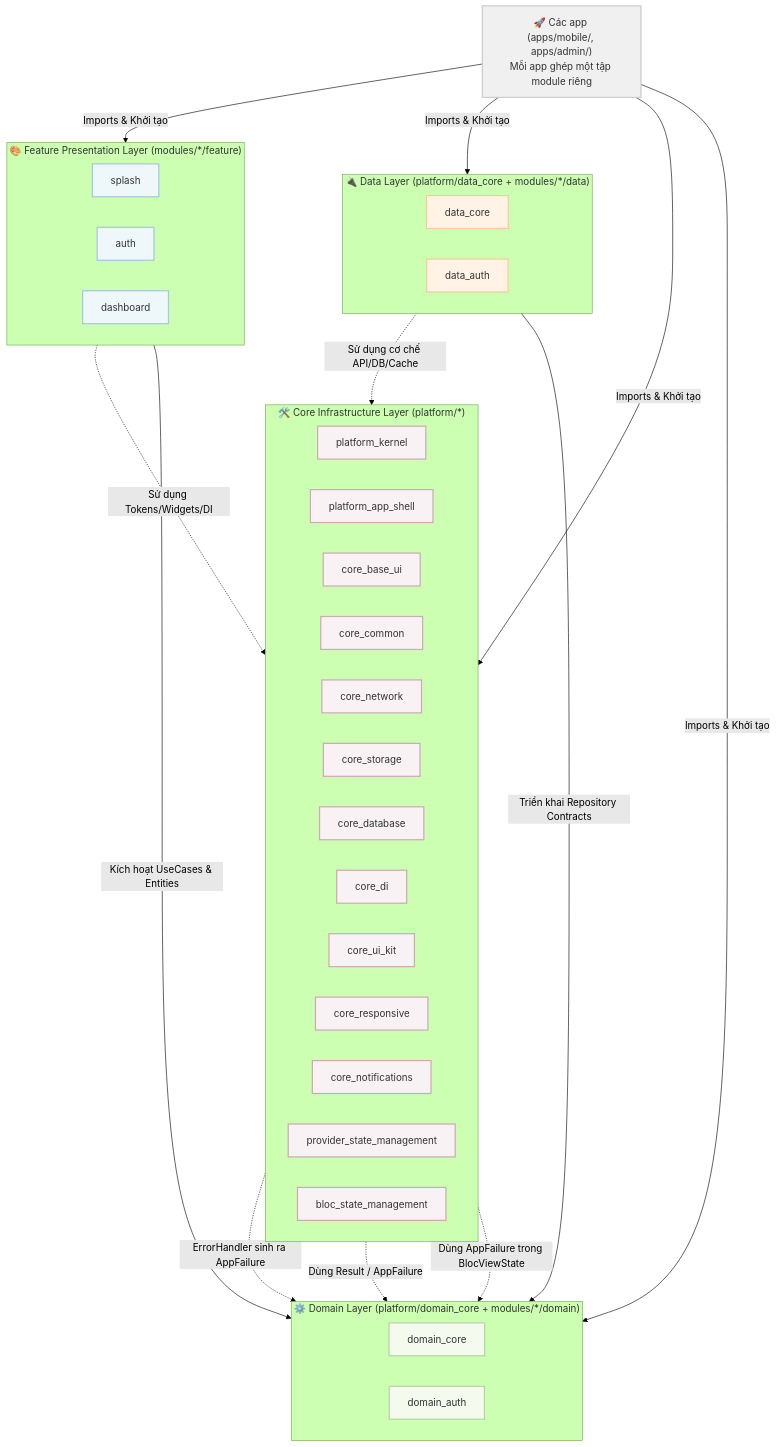
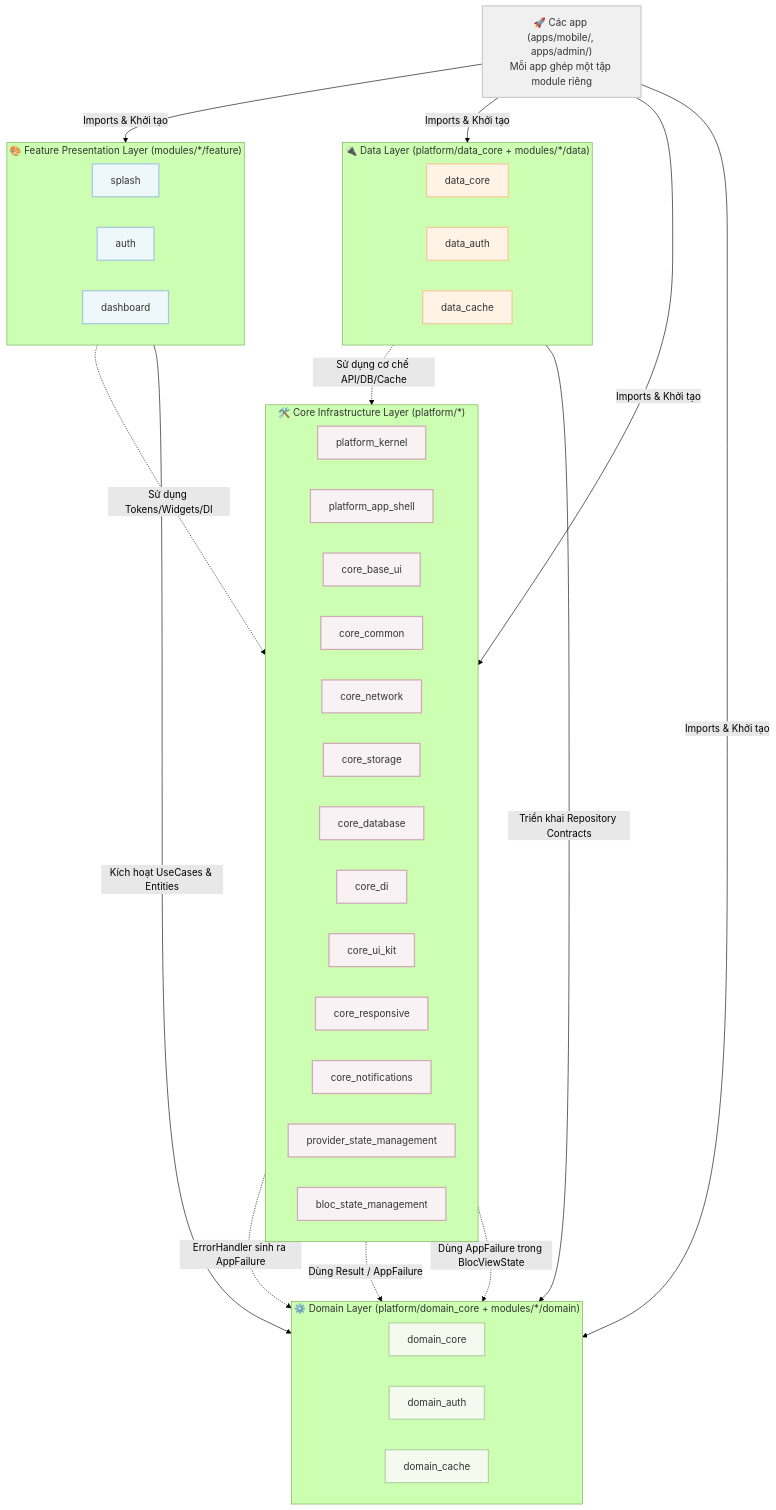
Before and after one commit to CaoGiaHieu-dev/flutter-monorepo-codebase: the diagram in README.vi.md, drawn with Mermaid (forest theme). The commit also changed other lines of this file and 103 other files, not shown here.

````diff
--- a/README.vi.md
+++ b/README.vi.md
@@ -18,64 +18,66 @@
 ```mermaid
 graph TD
     classDef core fill:#f9f2f4,stroke:#d0a9b5,stroke-width:2px,color:#333;
     classDef feature fill:#eef7fa,stroke:#a6c8df,stroke-width:2px,color:#333;
     classDef domain fill:#f4faee,stroke:#b5d4a6,stroke-width:2px,color:#333;
     classDef data fill:#fff3e6,stroke:#f5cb99,stroke-width:2px,color:#333;
     classDef app fill:#f0f0f0,stroke:#cccccc,stroke-width:2px,color:#333;
 
     App["🚀 Các app (apps/mobile/, apps/admin/)<br/>Mỗi app ghép một tập module riêng"]:::app
 
     subgraph FeatureLayer ["🎨 Feature Presentation Layer (modules/*/feature)"]
         direction LR
         FeatSplash["splash"]:::feature
         FeatAuth["auth"]:::feature
         FeatDash["dashboard"]:::feature
     end
 
     subgraph DataLayer ["🔌 Data Layer (platform/data_core + modules/*/data)"]
         direction LR
         DataCore["data_core"]:::data
         DataAuth["data_auth"]:::data
+        DataCache["data_cache"]:::data
     end
 
     subgraph DomainLayer ["⚙️ Domain Layer (platform/domain_core + modules/*/domain)"]
         direction LR
         DomCore["domain_core"]:::domain
         DomAuth["domain_auth"]:::domain
+        DomCache["domain_cache"]:::domain
     end
 
     subgraph CoreLayer ["🛠️ Core Infrastructure Layer (platform/*)"]
         direction LR
         CoreKern["platform_kernel"]:::core
         CoreShell["platform_app_shell"]:::core
         CoreUI["core_base_ui"]:::core
         CoreCom["core_common"]:::core
         CoreNet["core_network"]:::core
         CoreStore["core_storage"]:::core
         CoreDB["core_database"]:::core
         CoreDI["core_di"]:::core
         CoreKit["core_ui_kit"]:::core
         CoreResp["core_responsive"]:::core
         CoreNotif["core_notifications"]:::core
         CoreProv["provider_state_management"]:::core
         CoreBloc["bloc_state_management"]:::core
     end
 
     %% Cross-layer Relationships
     App -->|"Imports & Khởi tạo"| FeatureLayer
     App -->|"Imports & Khởi tạo"| DataLayer
     App -->|"Imports & Khởi tạo"| DomainLayer
     App -->|"Imports & Khởi tạo"| CoreLayer
 
     FeatureLayer -->|"Kích hoạt UseCases & Entities"| DomainLayer
     DataLayer -->|"Triển khai Repository Contracts"| DomainLayer
 
     FeatureLayer -.->|"Sử dụng Tokens/Widgets/DI"| CoreLayer
     DataLayer -.->|"Sử dụng cơ chế API/DB/Cache"| CoreLayer
 
     %% Domain nằm ở tâm và KHÔNG phụ thuộc gì cả.
     %% Core được phép phụ thuộc Domain — không bao giờ ngược lại.
     CoreKern -.->|"ErrorHandler sinh ra AppFailure"| DomCore
     CoreProv -.->|"Dùng Result / AppFailure"| DomCore
     CoreBloc -.->|"Dùng AppFailure trong BlocViewState"| DomCore
 ```
````
